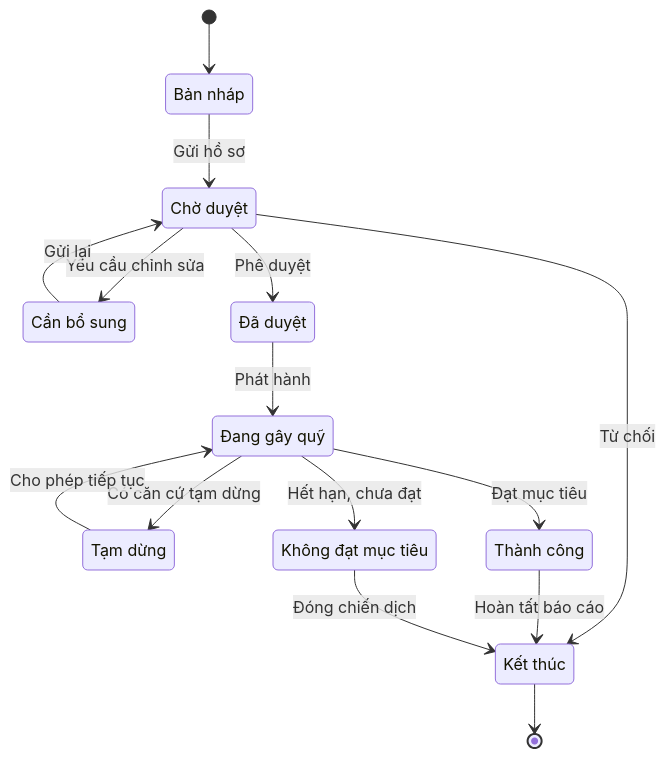
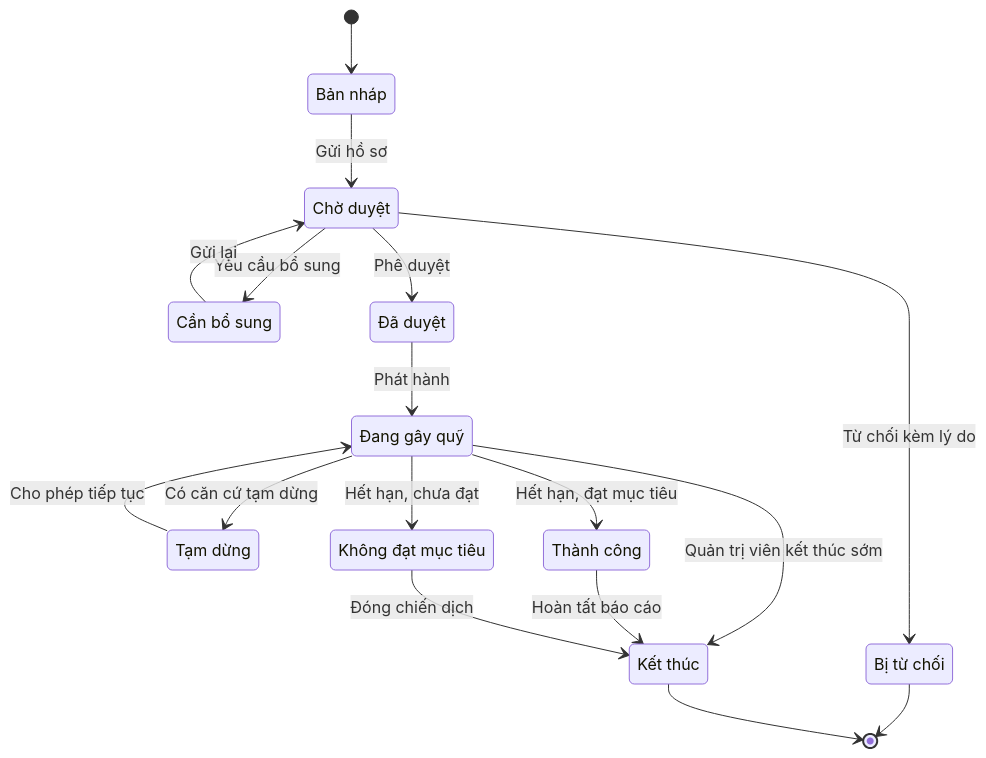
Before and after one commit to nhanhuutran007/DATN_2627_Website: the first of 3 diagrams in README.md, drawn with Mermaid. The commit also changed other lines of this file, not shown here.

````diff
--- a/README.md
+++ b/README.md
@@ -59,26 +144,29 @@
 ```mermaid
 stateDiagram-v2
     [*] --> BanNhap
     BanNhap: Bản nháp
     BanNhap --> ChoDuyet: Gửi hồ sơ
     ChoDuyet: Chờ duyệt
-    ChoDuyet --> CanBoSung: Yêu cầu chỉnh sửa
+    ChoDuyet --> CanBoSung: Yêu cầu bổ sung
     CanBoSung: Cần bổ sung
     CanBoSung --> ChoDuyet: Gửi lại
     ChoDuyet --> DaDuyet: Phê duyệt
-    ChoDuyet --> KetThuc: Từ chối
+    ChoDuyet --> TuChoi: Từ chối kèm lý do
+    TuChoi: Bị từ chối
     DaDuyet: Đã duyệt
     DaDuyet --> DangGayQuy: Phát hành
     DangGayQuy: Đang gây quỹ
     DangGayQuy --> TamDung: Có căn cứ tạm dừng
     TamDung: Tạm dừng
     TamDung --> DangGayQuy: Cho phép tiếp tục
-    DangGayQuy --> ThanhCong: Đạt mục tiêu
+    DangGayQuy --> ThanhCong: Hết hạn, đạt mục tiêu
     DangGayQuy --> KhongDat: Hết hạn, chưa đạt
+    DangGayQuy --> KetThuc: Quản trị viên kết thúc sớm
     ThanhCong: Thành công
     KhongDat: Không đạt mục tiêu
     ThanhCong --> KetThuc: Hoàn tất báo cáo
     KhongDat --> KetThuc: Đóng chiến dịch
     KetThuc: Kết thúc
+    TuChoi --> [*]
     KetThuc --> [*]
 ```
````
